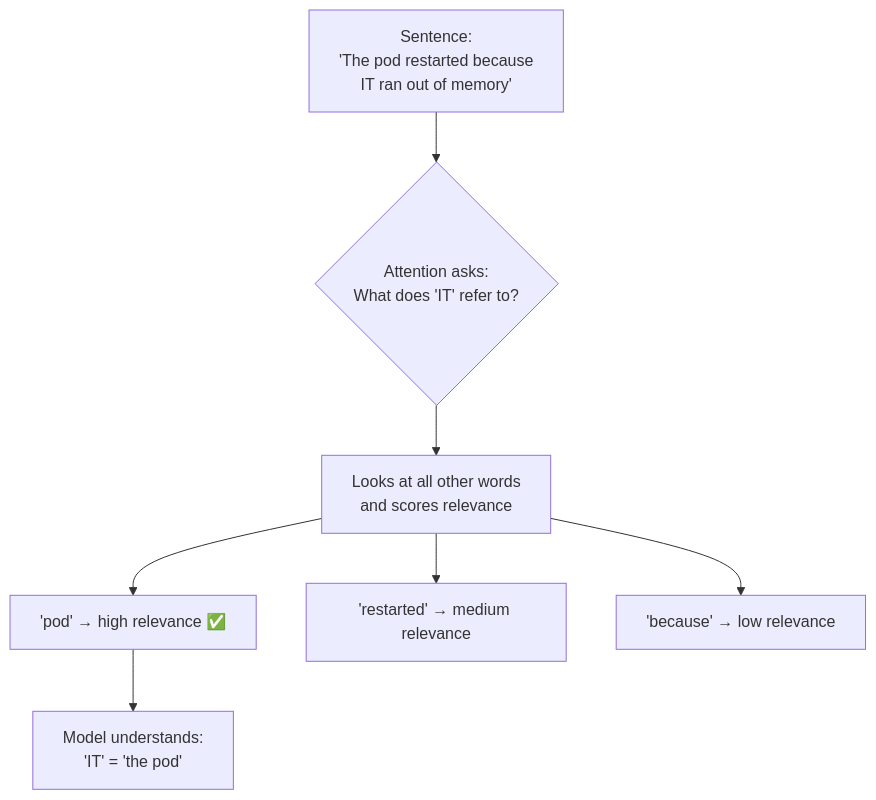
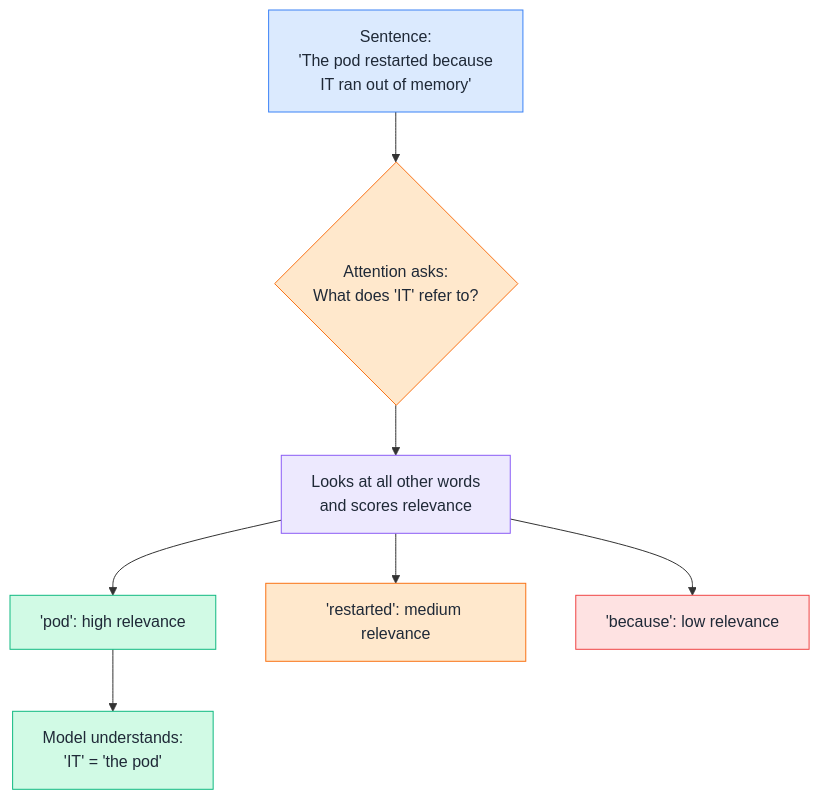
The fourth of 7 diagrams in Week 1 — LLM & GenAI Foundations/Day 2 — How LLMs Work.md (saghosh8/AI-For-DevOps), drawn with Mermaid before and after one commit. The commit also changed other lines of this file, not shown here.

````diff
--- a/Week 1 — LLM & GenAI Foundations/Day 2 — How LLMs Work.md
+++ b/Week 1 — LLM & GenAI Foundations/Day 2 — How LLMs Work.md
@@ -71,9 +105,23 @@
 ```mermaid
 flowchart TD
     A["Sentence:\n'The pod restarted because\nIT ran out of memory'"] --> B{"Attention asks:\nWhat does 'IT' refer to?"}
     B --> C["Looks at all other words\nand scores relevance"]
-    C --> D["'pod' → high relevance ✅"]
-    C --> E["'restarted' → medium relevance"]
-    C --> F["'because' → low relevance"]
+    C --> D["'pod': high relevance"]
+    C --> E["'restarted': medium relevance"]
+    C --> F["'because': low relevance"]
     D --> G["Model understands:\n'IT' = 'the pod'"]
+
+    classDef blue fill:#DBEAFE,stroke:#3B82F6,color:#1F2937
+    classDef orange fill:#FFE8CC,stroke:#F97316,color:#1F2937
+    classDef purple fill:#EDE9FE,stroke:#8B5CF6,color:#1F2937
+    classDef green fill:#D1FAE5,stroke:#10B981,color:#1F2937
+    classDef red fill:#FEE2E2,stroke:#EF4444,color:#1F2937
+
+    class A blue
+    class B orange
+    class C purple
+    class D green
+    class E orange
+    class F red
+    class G green
 ```
````
